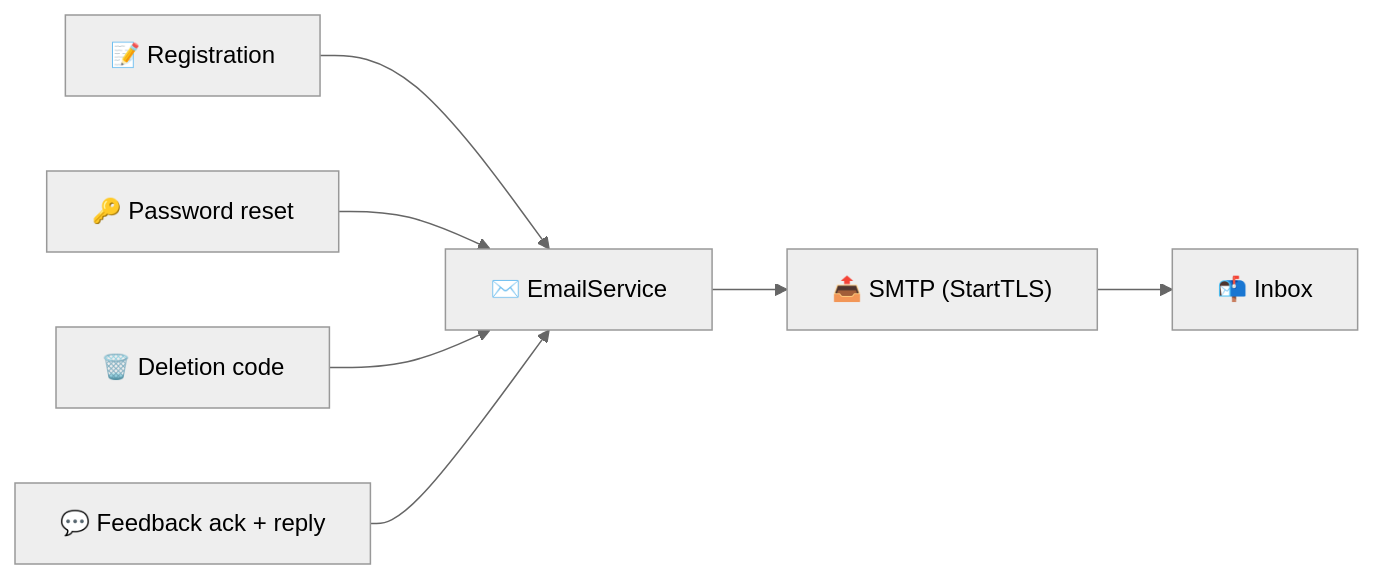
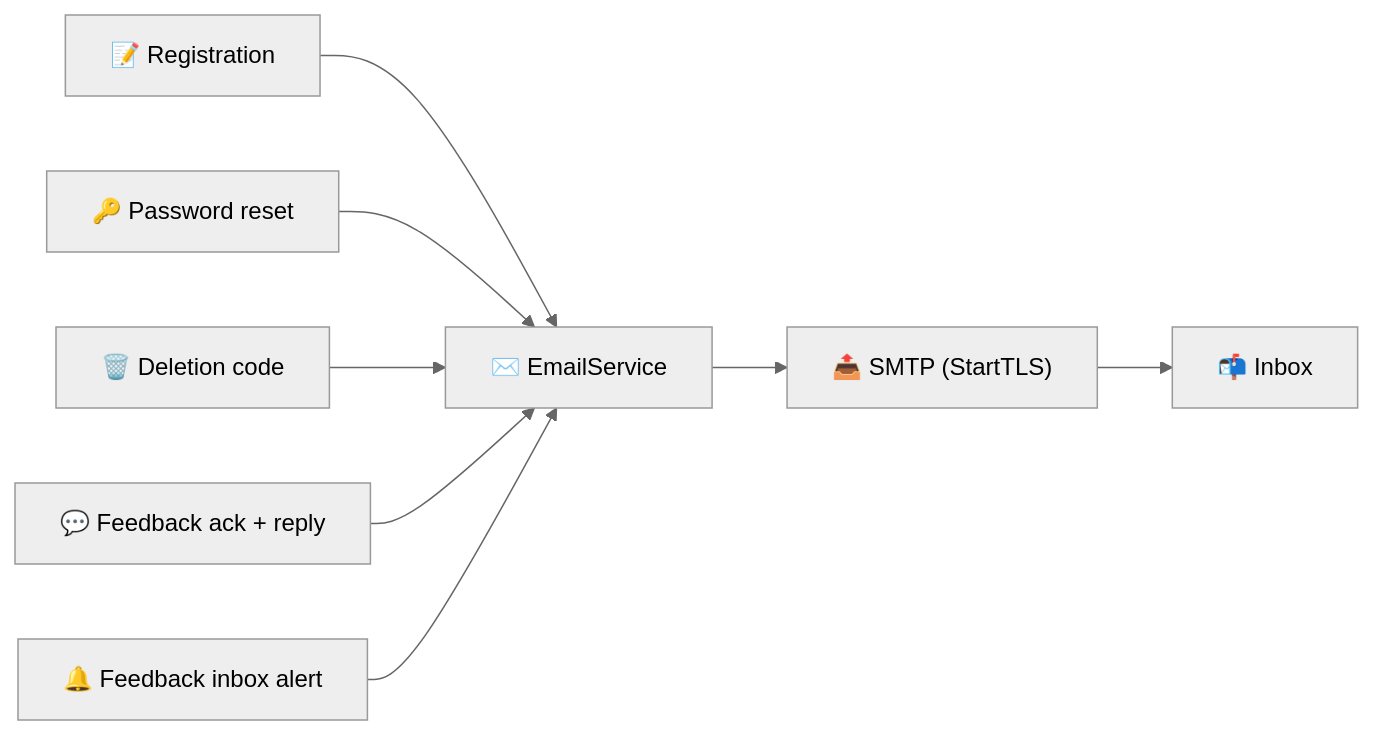
Before and after one commit to AndDev741/Beyou-arch-design: the diagram in architecture/email-service/en.md, drawn with Mermaid (neutral theme). The commit also changed other lines of this file and 1 other file, not shown here.

````diff
--- a/architecture/email-service/en.md
+++ b/architecture/email-service/en.md
@@ -22,8 +25,9 @@
 ```mermaid
 flowchart LR
   REG["📝 Registration"] --> ES["✉️ EmailService"]
   PR["🔑 Password reset"] --> ES
   DEL["🗑️ Deletion code"] --> ES
   FB["💬 Feedback ack + reply"] --> ES
+  FBA["🔔 Feedback inbox alert"] --> ES
   ES --> SMTP["📤 SMTP (StartTLS)"] --> INBOX["📬 Inbox"]
 ```
````
